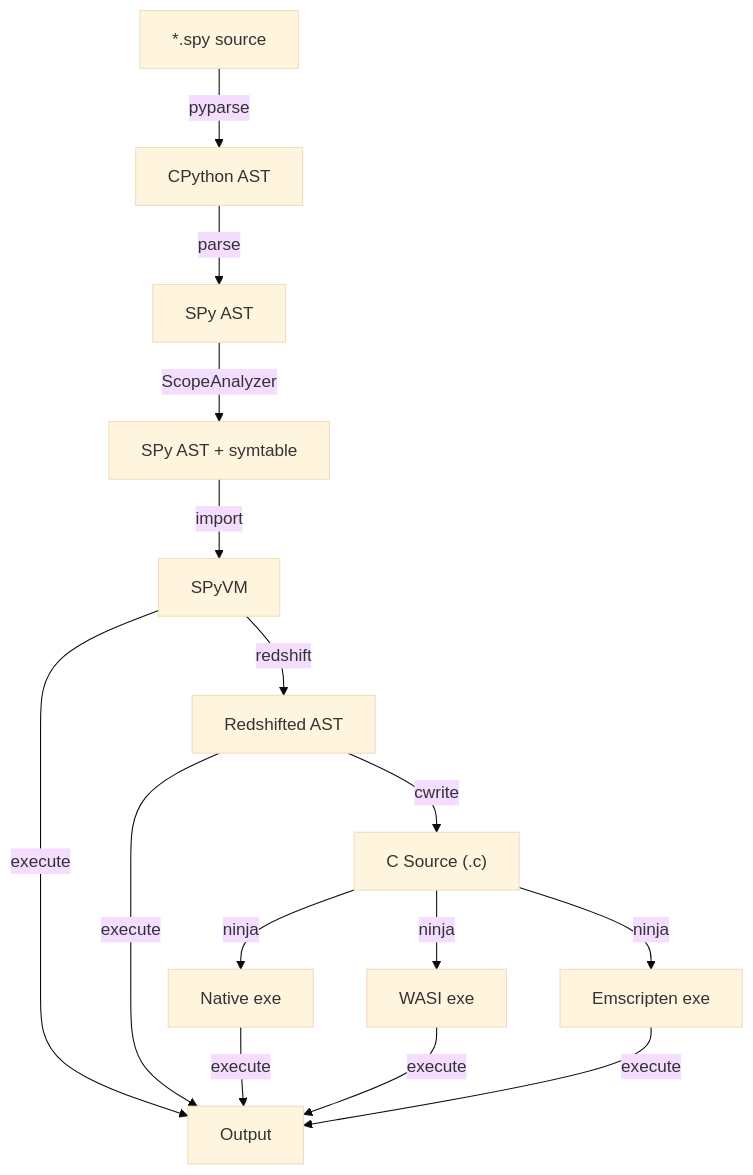
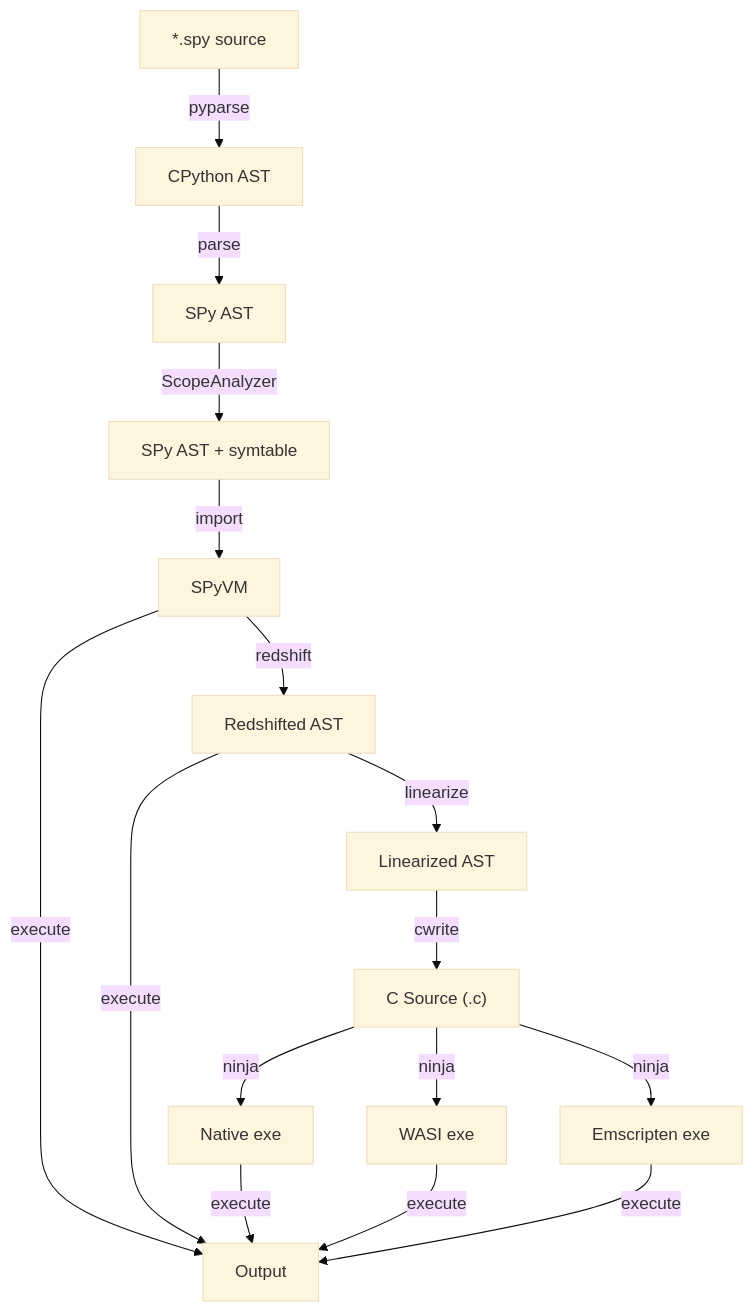
One commit to spylang/spy changed the diagram in README.md. Above: the diagram before and after it, drawn with Mermaid (base theme).

Commit message:
[ci skip] update diagram

````diff
--- a/README.md
+++ b/README.md
@@ -154,24 +154,26 @@
 ```mermaid
 graph TD
 
     SRC["*.spy source"]
     PYAST["CPython AST"]
     AST["SPy AST"]
     SYMAST["SPy AST + symtable"]
     SPyVM["SPyVM"]
     REDSHIFTED["Redshifted AST"]
+    LINEARIZED["Linearized AST"]
     OUT["Output"]
     C["C Source (.c)"]
     EXE_NAT["Native exe"]
     EXE_WASI["WASI exe"]
     EXE_EM["Emscripten exe"]
 
     %% Core pipeline
     SRC -- pyparse --> PYAST -- parse --> AST -- ScopeAnalyzer --> SYMAST
     SYMAST -- import --> SPyVM -- execute --> OUT
     SPyVM -- redshift --> REDSHIFTED -- execute --> OUT
-    REDSHIFTED -- cwrite --> C
+    REDSHIFTED -- linearize --> LINEARIZED
+    LINEARIZED -- cwrite --> C
     C -- ninja --> EXE_NAT -- execute --> OUT
     C -- ninja --> EXE_WASI -- execute --> OUT
     C -- ninja --> EXE_EM -- execute --> OUT
 ```
````
